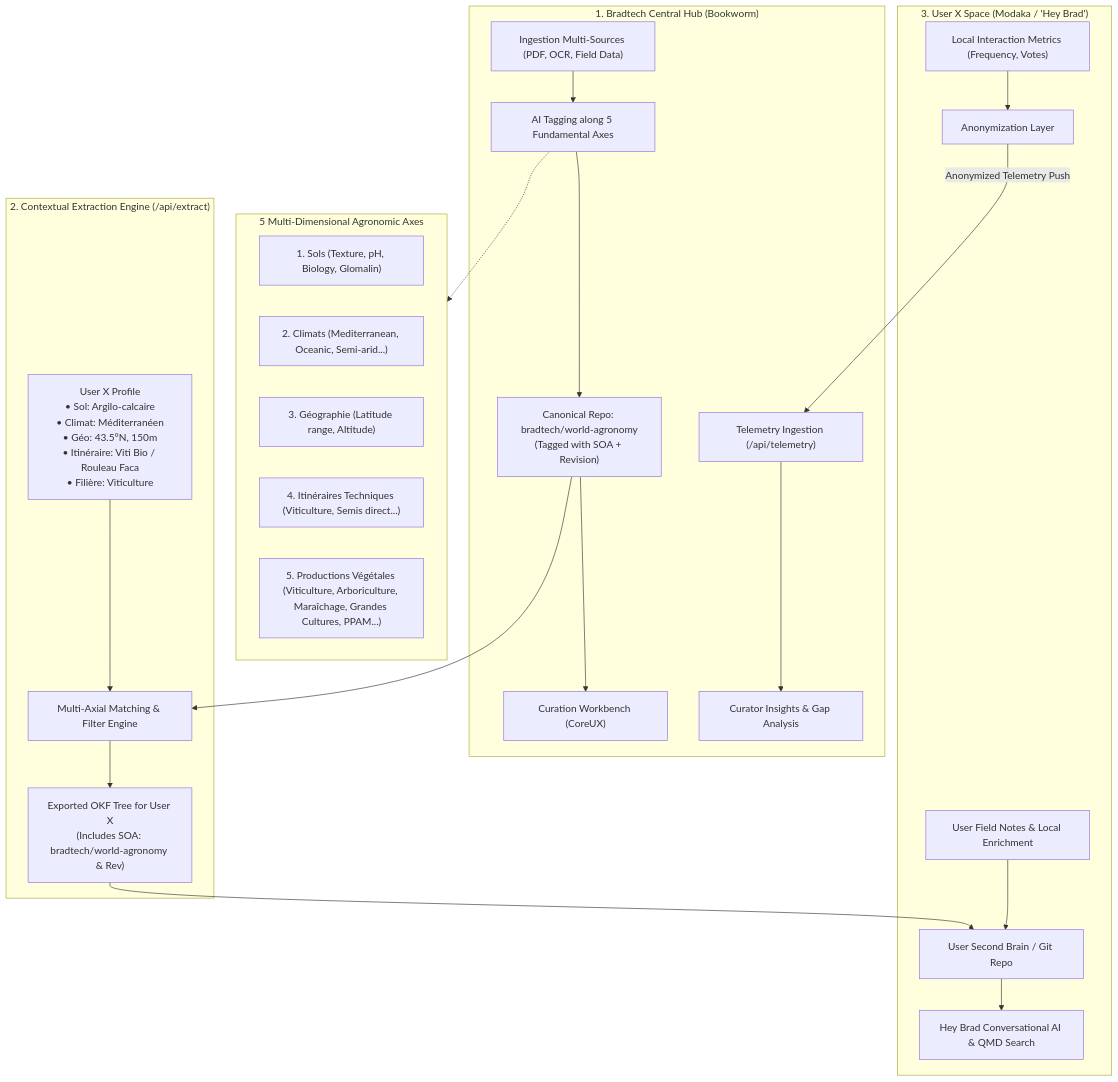
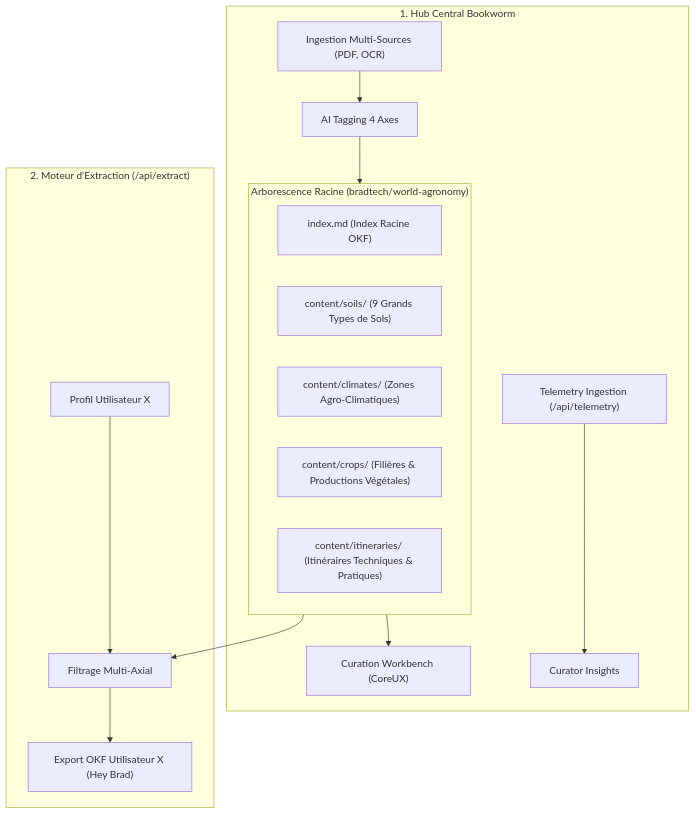
Before and after one commit to Quatrain/modaka-hub: the diagram in POC_WORKBOOK.md, drawn with Mermaid. The commit also changed other lines of this file and 8 other files, not shown here.

Commit message:
docs: update POC_WORKBOOK with 4 root axes and 9 curated soil types

````diff
--- a/POC_WORKBOOK.md
+++ b/POC_WORKBOOK.md
@@ -14,34 +14,23 @@
 ```mermaid
 flowchart TD
-    subgraph Hub ["1. Bradtech Central Hub (Bookworm)"]
-        RawDocs["Ingestion Multi-Sources (PDF, OCR, Field Data)"] --> AI["AI Tagging along 5 Fundamental Axes"]
-        AI --> WorldRepo["Canonical Repo: bradtech/world-agronomy<br>(Tagged with SOA + Revision)"]
-        WorldRepo --> Workbench["Curation Workbench (CoreUX)"]
-        TelemetryCollector["Telemetry Ingestion (/api/telemetry)"] --> Analytics["Curator Insights & Gap Analysis"]
+    subgraph RootStructure ["Arborescence Racine (bradtech/world-agronomy)"]
+        RootIndex["index.md (Index Racine OKF)"]
+        DirSoils["content/soils/ (9 Grands Types de Sols)"]
+        DirClimates["content/climates/ (Zones Agro-Climatiques)"]
+        DirCrops["content/crops/ (Filières & Productions Végétales)"]
+        DirItineraries["content/itineraries/ (Itinéraires Techniques & Pratiques)"]
     end
 
-    subgraph Axes ["5 Multi-Dimensional Agronomic Axes"]
-        Axis1["1. Sols (Texture, pH, Biology, Glomalin)"]
-        Axis2["2. Climats (Mediterranean, Oceanic, Semi-arid...)"]
-        Axis3["3. Géographie (Latitude range, Altitude)"]
-        Axis4["4. Itinéraires Techniques (Viticulture, Semis direct...)"]
-        Axis5["5. Productions Végétales (Viticulture, Arboriculture, Maraîchage, Grandes Cultures, PPAM...)"]
+    subgraph Hub ["1. Hub Central Bookworm"]
+        RawDocs["Ingestion Multi-Sources (PDF, OCR)"] --> AI["AI Tagging 4 Axes"]
+        AI --> RootStructure
+        RootStructure --> Workbench["Curation Workbench (CoreUX)"]
+        TelemetryCollector["Telemetry Ingestion (/api/telemetry)"] --> Analytics["Curator Insights"]
     end
 
-    subgraph Extraction ["2. Contextual Extraction Engine (/api/extract)"]
-        UserProfile["User X Profile<br>• Sol: Argilo-calcaire<br>• Climat: Méditerranéen<br>• Géo: 43.5°N, 150m<br>• Itinéraire: Viti Bio / Rouleau Faca<br>• Filière: Viticulture"]
-        WorldRepo --> FilterEngine["Multi-Axial Matching & Filter Engine"]
-        UserProfile --> FilterEngine
-        FilterEngine --> UserOKF["Exported OKF Tree for User X<br>(Includes SOA: bradtech/world-agronomy & Rev)"]
+    subgraph Extraction ["2. Moteur d'Extraction (/api/extract)"]
+        UserProfile["Profil Utilisateur X"] --> FilterEngine["Filtrage Multi-Axial"]
+        RootStructure --> FilterEngine
+        FilterEngine --> UserOKF["Export OKF Utilisateur X (Hey Brad)"]
     end
-
-    subgraph ClientSpace ["3. User X Space (Modaka / 'Hey Brad')"]
-        UserOKF --> LocalStorage["User Second Brain / Git Repo"]
-        LocalStorage --> HeyBrad["Hey Brad Conversational AI & QMD Search"]
-        UserEnrichment["User Field Notes & Local Enrichment"] --> LocalStorage
-        LocalMetrics["Local Interaction Metrics (Frequency, Votes)"] --> Anonymizer["Anonymization Layer"]
-        Anonymizer -->|Anonymized Telemetry Push| TelemetryCollector
-    end
-
-    AI -.-> Axes
 ```
````
